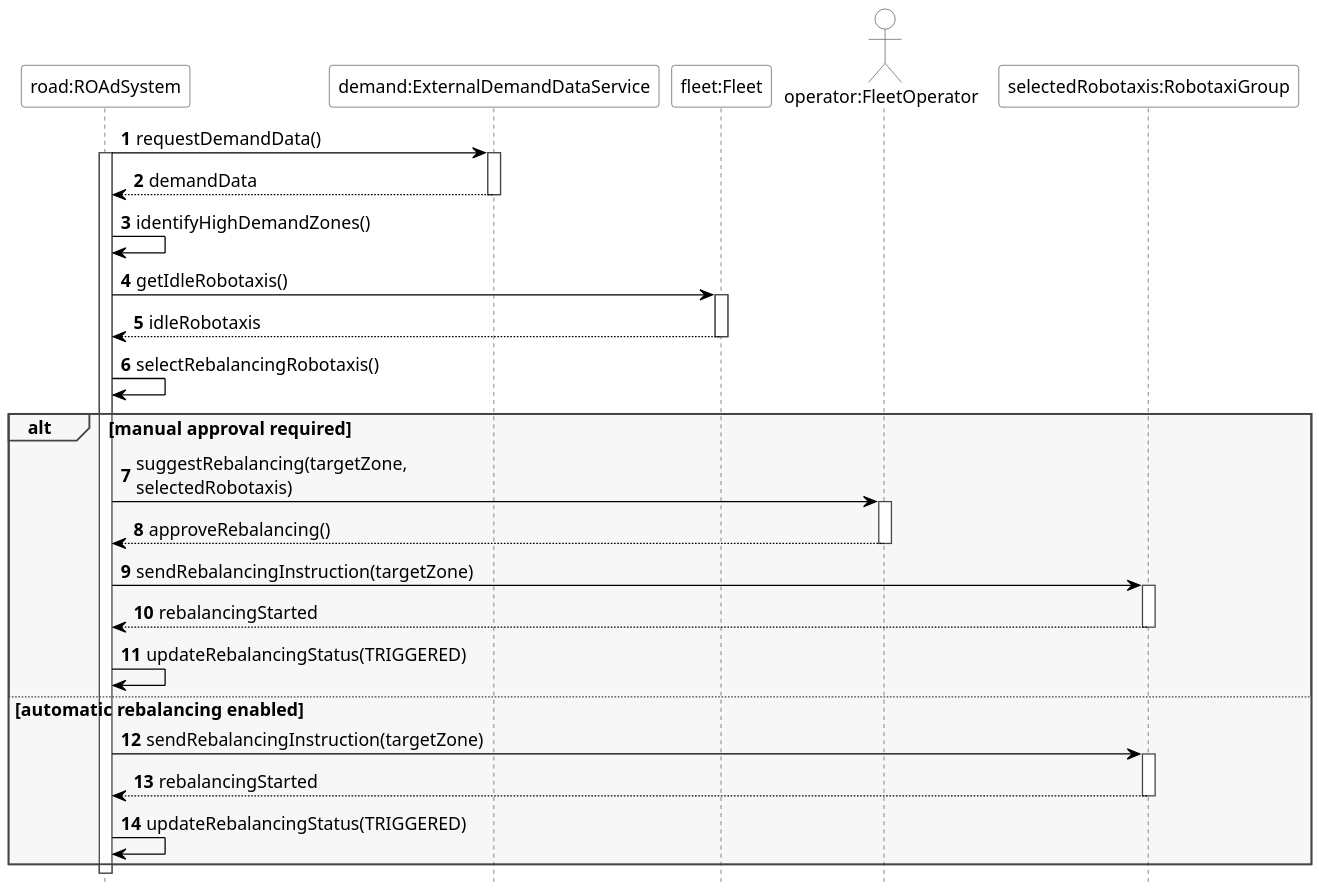
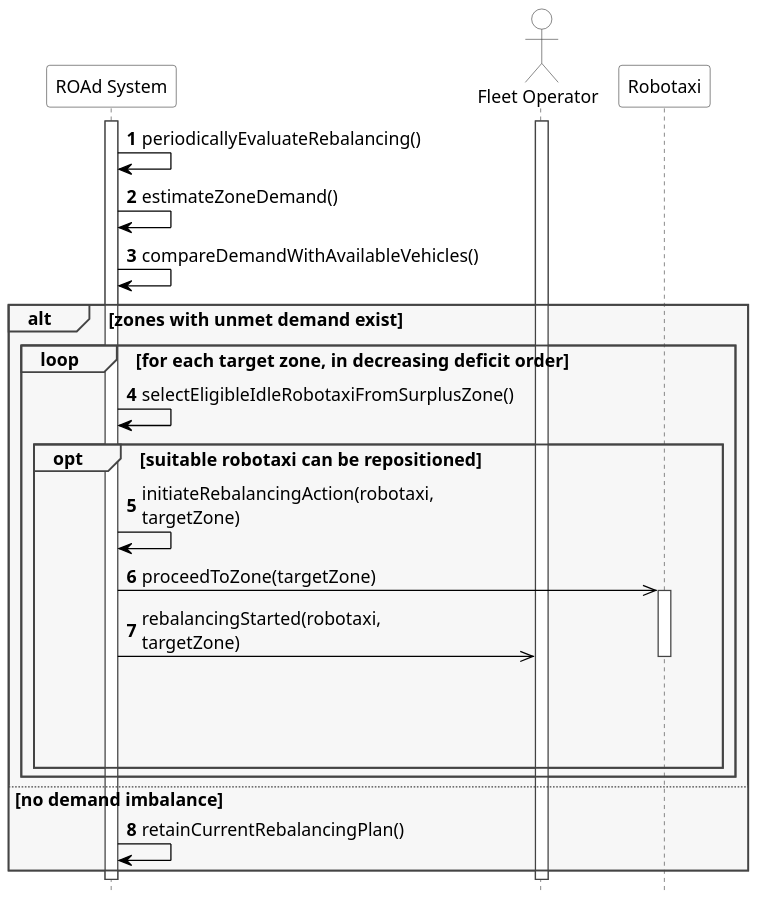
Before and after one commit to meggie-0/SE4A_ROAd_MargheritaBertipaglia_DavidCazzaniga_PasqualeIgnarra_Project: the diagram in RASD/diagrams/sequence_diagrams/fleet_rebalancing.puml, drawn with PlantUML. The commit also changed 18 other files, not shown here.

```diff
--- a/RASD/diagrams/sequence_diagrams/fleet_rebalancing.puml
+++ b/RASD/diagrams/sequence_diagrams/fleet_rebalancing.puml
@@ -1,102 +1,91 @@
 @startuml
-
 
 skinparam backgroundColor white
 skinparam shadowing false
 skinparam defaultFontName Arial
 skinparam defaultFontSize 14
 skinparam dpi 150
 skinparam maxMessageSize 90
 
 skinparam sequence {
     ArrowColor black
     LifeLineBorderColor #444444
     LifeLineBackgroundColor white
 
     ParticipantBorderColor #444444
     ParticipantBackgroundColor white
     ParticipantFontColor black
 
     ActorBorderColor #444444
     ActorBackgroundColor white
     ActorFontColor black
 
     GroupBorderColor #444444
     GroupBackgroundColor #F7F7F7
 
     DividerBorderColor #444444
     DividerBackgroundColor #F2F2F2
 }
 
 <style>
 sequenceDiagram {
   participant {
     Padding 20
   }
 
   group {
     Padding 10
     BackgroundColor #F7F7F7
     LineColor #444444
   }
 
   lifeLine {
     LineColor #444444
     BackgroundColor white
   }
 
   arrow {
     LineColor black
   }
 }
 </style>
 
 hide footbox
 autonumber
 
-participant "road:ROAdSystem" as ROAD
-participant "demand:ExternalDemandDataService" as DEMAND
-participant "fleet:Fleet" as FLEET
-actor "operator:FleetOperator" as OP
-participant "selectedRobotaxis:RobotaxiGroup" as TAXIS
+participant "ROAd System" as ROAD
+actor "Fleet Operator" as OP
+participant "Robotaxi" as TAXI
 
-ROAD -> DEMAND : requestDemandData()
+activate OP
 activate ROAD
-activate DEMAND
-DEMAND --> ROAD : demandData
-deactivate DEMAND
 
-ROAD -> ROAD : identifyHighDemandZones()
+ROAD -> ROAD : periodicallyEvaluateRebalancing()
+ROAD -> ROAD : estimateZoneDemand()
+ROAD -> ROAD : compareDemandWithAvailableVehicles()
 
-ROAD -> FLEET : getIdleRobotaxis()
-activate FLEET
-FLEET --> ROAD : idleRobotaxis
-deactivate FLEET
+alt zones with unmet demand exist
+    loop for each target zone, in decreasing deficit order
+        ROAD -> ROAD : selectEligibleIdleRobotaxiFromSurplusZone()
 
-ROAD -> ROAD : selectRebalancingRobotaxis()
+        opt suitable robotaxi can be repositioned
+            ROAD -> ROAD : initiateRebalancingAction(robotaxi, targetZone)
+            ROAD ->> TAXI : proceedToZone(targetZone)
+            activate TAXI
 
-alt manual approval required
-    ROAD -> OP : suggestRebalancing(targetZone, selectedRobotaxis)
-    activate OP
-    OP --> ROAD : approveRebalancing()
-    deactivate OP
+            ROAD ->> OP : rebalancingStarted(robotaxi, targetZone)
 
-    ROAD -> TAXIS : sendRebalancingInstruction(targetZone)
-    activate TAXIS
-    TAXIS --> ROAD : rebalancingStarted
-    deactivate TAXIS
+            ||80||
 
-    ROAD -> ROAD : updateRebalancingStatus(TRIGGERED)
+            deactivate TAXI
+        end
+    end
 
-else automatic rebalancing enabled
-    ROAD -> TAXIS : sendRebalancingInstruction(targetZone)
-    activate TAXIS
-    TAXIS --> ROAD : rebalancingStarted
-    deactivate TAXIS
-
-    ROAD -> ROAD : updateRebalancingStatus(TRIGGERED)
+else no demand imbalance
+    ROAD -> ROAD : retainCurrentRebalancingPlan()
 end
 
 deactivate ROAD
+deactivate OP
 
 @enduml
```
